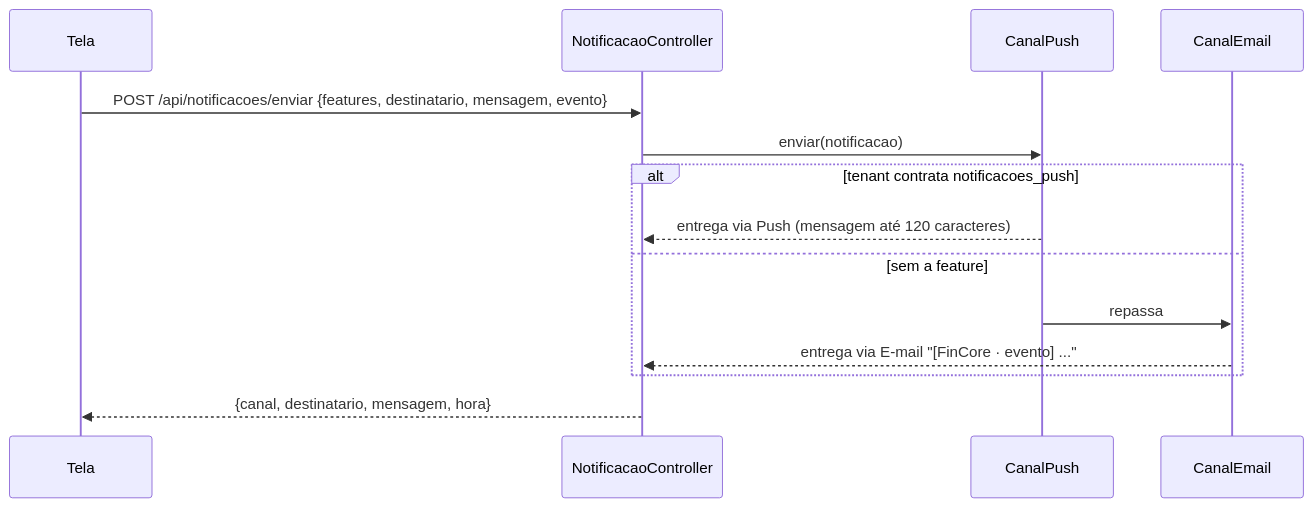
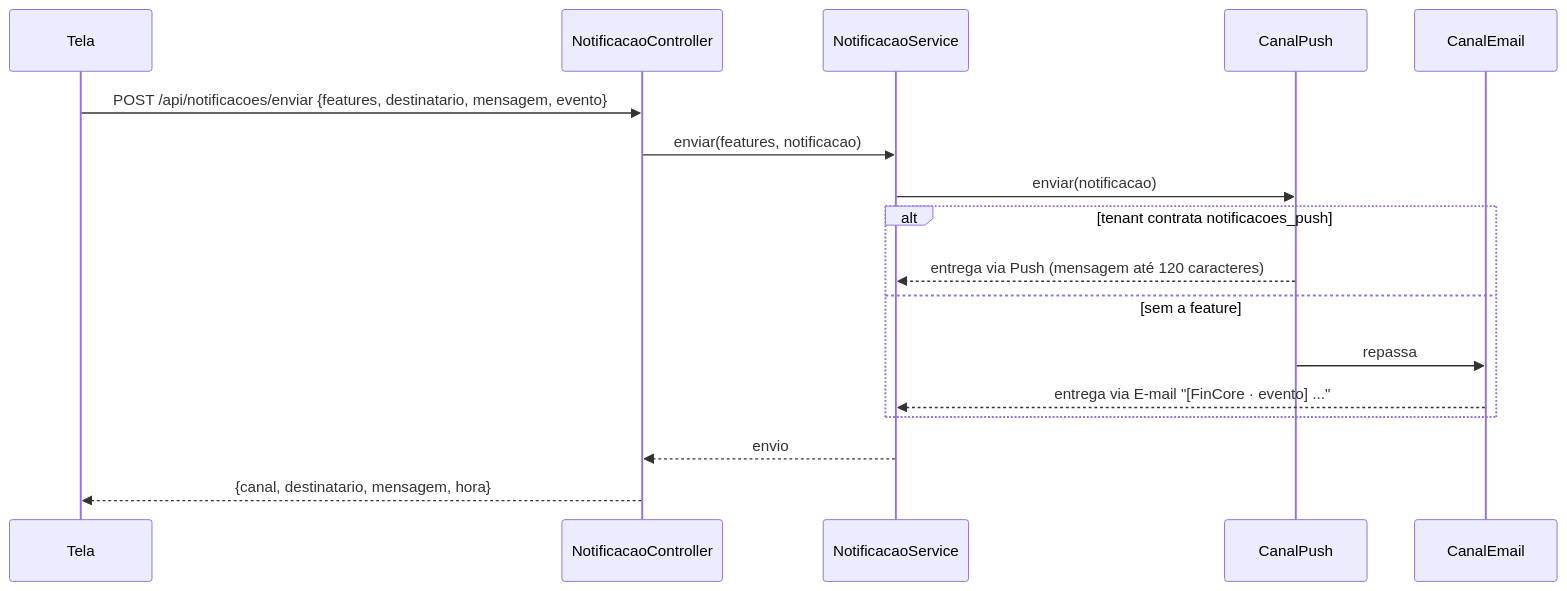
Before and after one commit to g-celente/core-conta-flow: the seventh of 7 diagrams in README.md, drawn with Mermaid. The commit also changed other lines of this file and 183 other files, not shown here.

````diff
--- a/README.md
+++ b/README.md
@@ -482,16 +508,19 @@
 ```mermaid
 sequenceDiagram
     participant T as Tela
     participant C as NotificacaoController
+    participant S as NotificacaoService
     participant P as CanalPush
     participant E as CanalEmail
     T->>C: POST /api/notificacoes/enviar {features, destinatario, mensagem, evento}
-    C->>P: enviar(notificacao)
+    C->>S: enviar(features, notificacao)
+    S->>P: enviar(notificacao)
     alt tenant contrata notificacoes_push
-        P-->>C: entrega via Push (mensagem até 120 caracteres)
+        P-->>S: entrega via Push (mensagem até 120 caracteres)
     else sem a feature
         P->>E: repassa
-        E-->>C: entrega via E-mail "[FinCore · evento] ..."
+        E-->>S: entrega via E-mail "[FinCore · evento] ..."
     end
+    S-->>C: envio
     C-->>T: {canal, destinatario, mensagem, hora}
 ```
````
